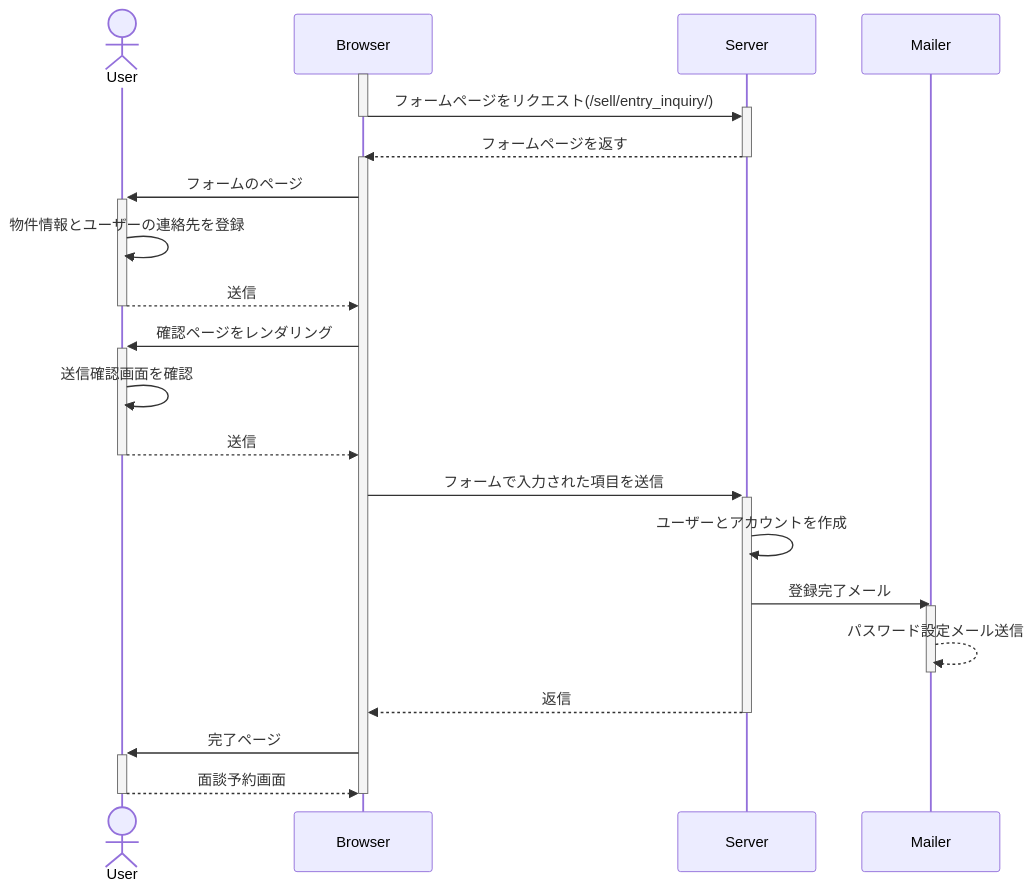
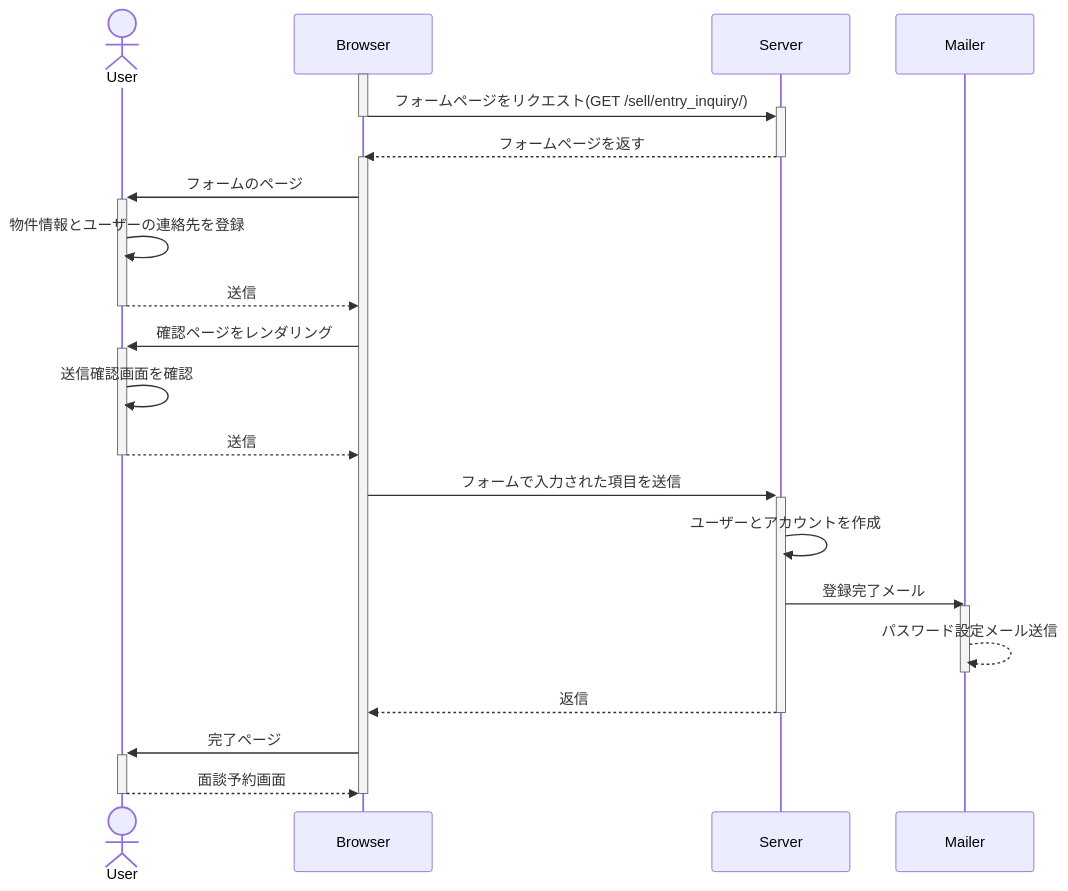
The diagram in README.md (baban/mermaid_test), drawn with Mermaid before and after one commit.

````diff
--- a/README.md
+++ b/README.md
@@ -1,28 +1,28 @@
 ```mermaid
 sequenceDiagram
     actor U as User
     participant B as Browser
     participant S as Server
     participant M as Mailer
     activate B
-    B->>+S: フォームページをリクエスト(/sell/entry_inquiry/)
+    B->>+S: フォームページをリクエスト(GET /sell/entry_inquiry/)
     deactivate B
     S-->>-B: フォームページを返す
     activate B
     B->>+U: フォームのページ
     U->>U: 物件情報とユーザーの連絡先を登録
     U-->>-B: 送信
     B->>+U: 確認ページをレンダリング
     U->>U: 送信確認画面を確認
     U-->>-B: 送信
     B->>+S: フォームで入力された項目を送信
     S->>S: ユーザーとアカウントを作成
     S->>M: 登録完了メール
     activate M
     M-->>M: パスワード設定メール送信
     deactivate M
     S-->>-B: 返信
     B->>+U: 完了ページ
     U-->>-B: 面談予約画面
     deactivate B
 ```
````
